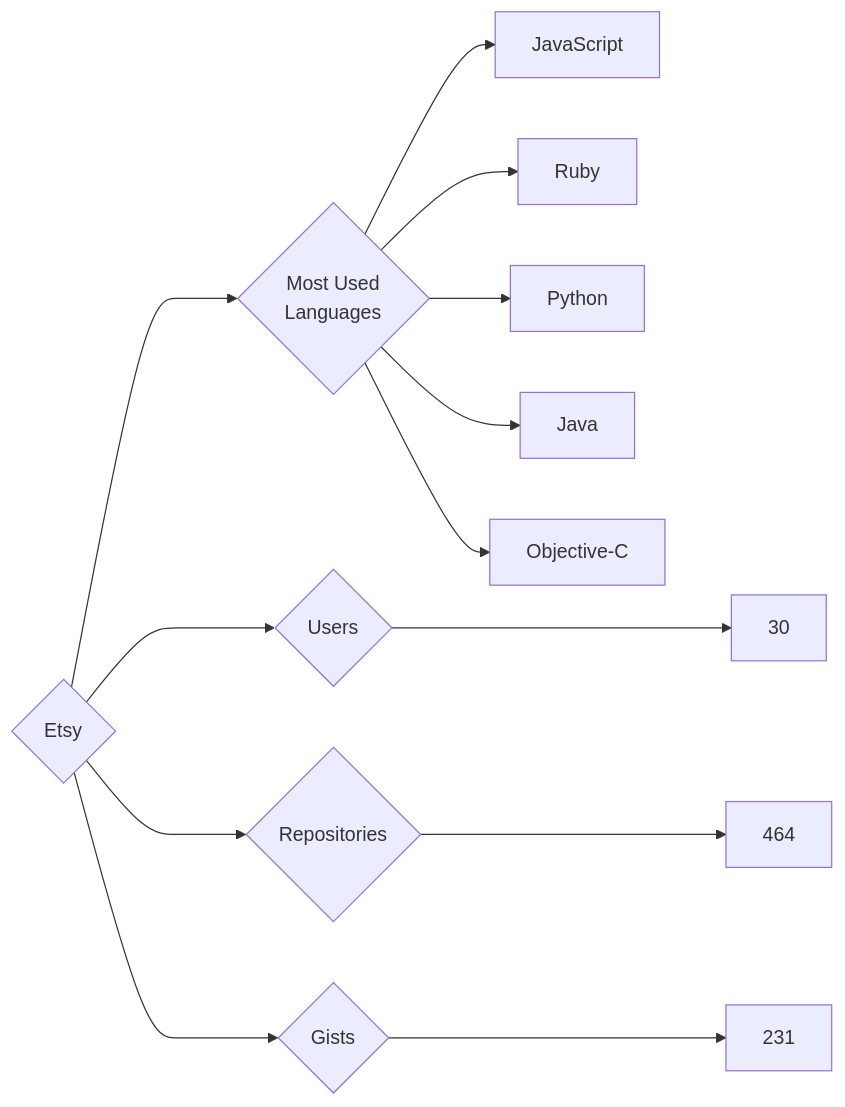
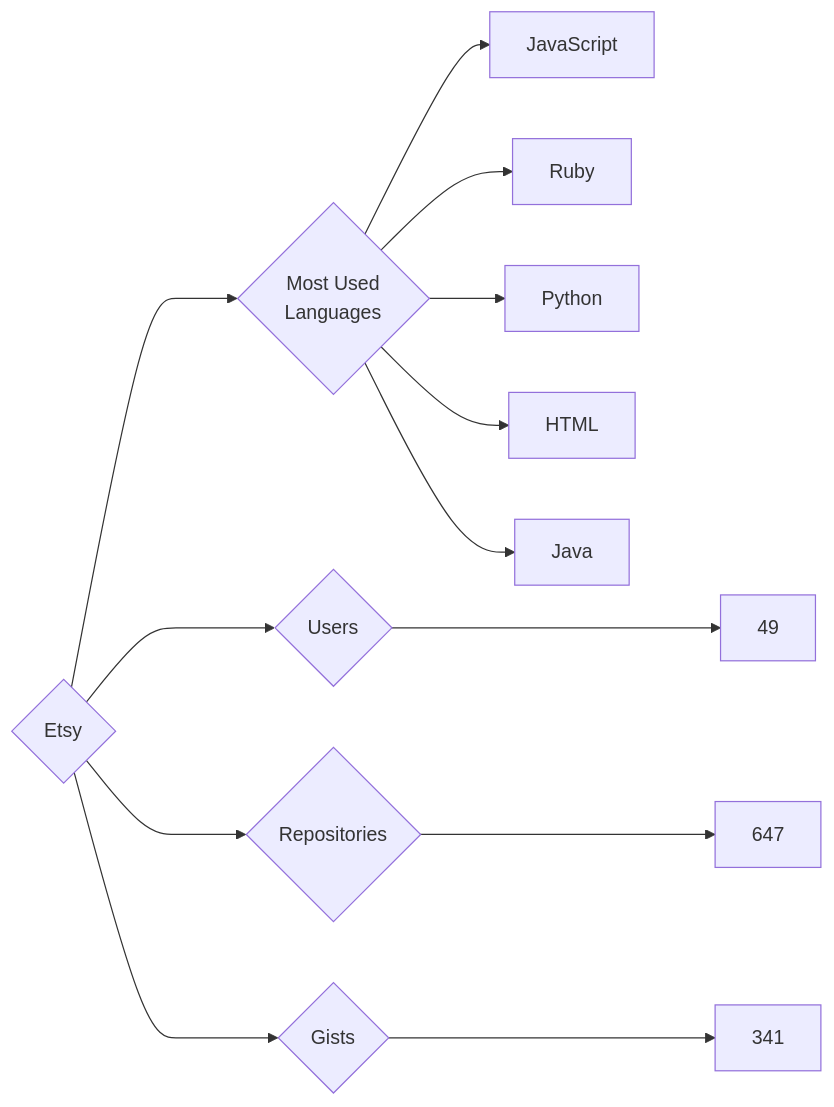
One commit to trickest/insiders changed the diagram in targets/Etsy/README.md. Above: the diagram before and after it, drawn with Mermaid. The commit also changed 748 other files, not shown here.

````diff
--- a/targets/Etsy/README.md
+++ b/targets/Etsy/README.md
@@ -3,13 +3,13 @@
 ```mermaid
 graph LR
 COMPANY_NAME{Etsy}
-COMPANY_NAME ---> U{Users} ---> UN[30]
-COMPANY_NAME ---> R{Repositories} ---> RN[464]
-COMPANY_NAME ---> G{Gists} ---> GN[231]
+COMPANY_NAME ---> U{Users} ---> UN[49]
+COMPANY_NAME ---> R{Repositories} ---> RN[647]
+COMPANY_NAME ---> G{Gists} ---> GN[341]
 COMPANY_NAME ---> ML{Most Used<br>Languages}
 ML --> JavaScript[JavaScript]
 ML --> Ruby[Ruby]
 ML --> Python[Python]
+ML --> HTML[HTML]
 ML --> Java[Java]
-ML --> Objective-C[Objective-C]
 ```
````
